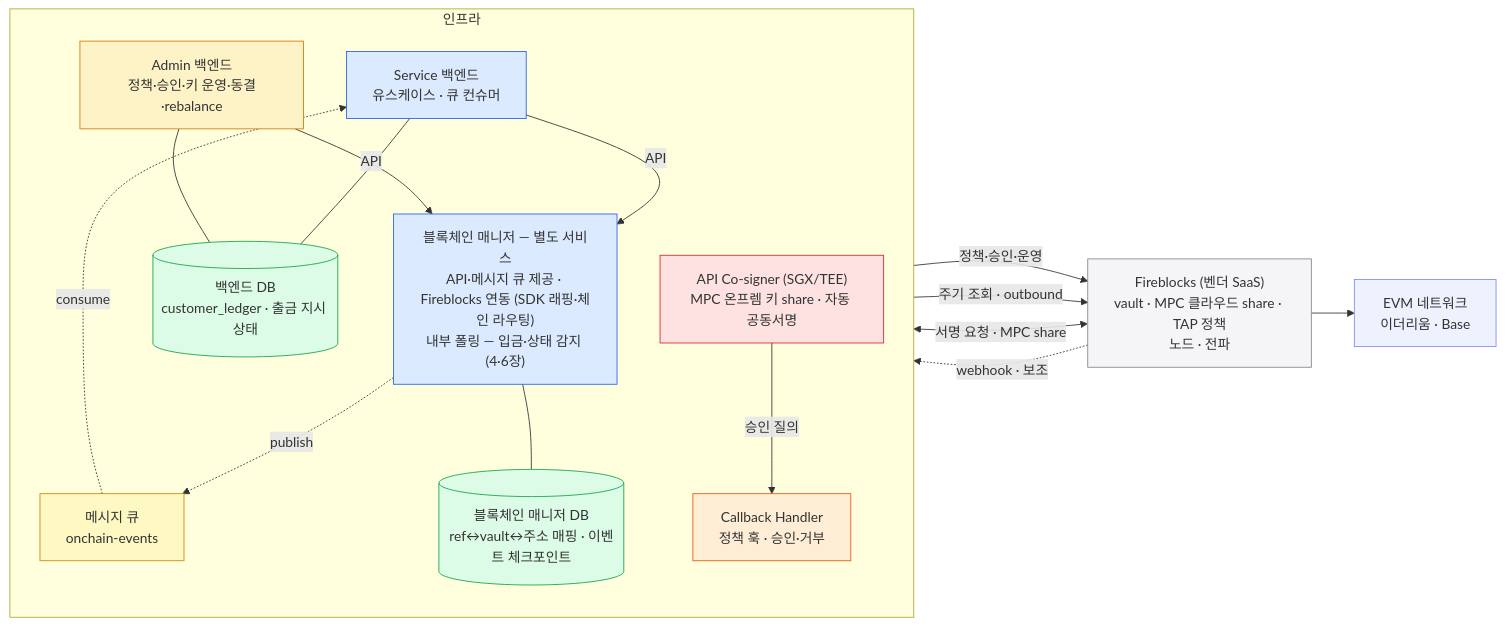
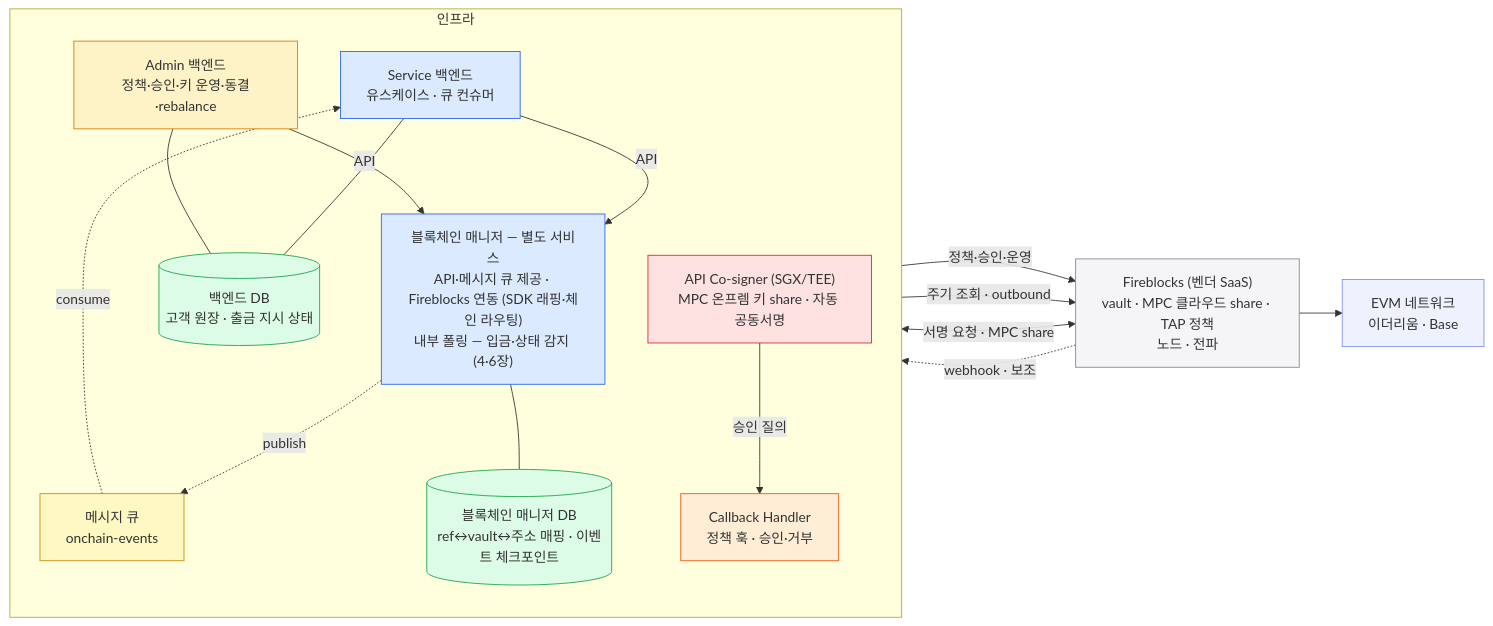
One commit to eunsujeo/eunpus changed the second of 2 diagrams in blockchain-manager/docs/블록체인매니저/설계/00-cast.md. Above: the diagram before and after it, drawn with Mermaid. The commit also changed other lines of this file and 2 other files, not shown here.

Commit message:
용어: customer_ledger → 고객 원장 (00·09·10), 0장 DB 사유에서 조회-빈도 불릿 제거

````diff
--- a/blockchain-manager/docs/블록체인매니저/설계/00-cast.md
+++ b/blockchain-manager/docs/블록체인매니저/설계/00-cast.md
@@ -50,40 +50,40 @@
 ```mermaid
 flowchart LR
     subgraph OUR["인프라"]
       direction TB
       SVCBE["Service 백엔드<br/>유스케이스 · 큐 컨슈머"]
       ADMBE["Admin 백엔드<br/>정책·승인·키 운영·동결·rebalance"]
       BM["블록체인 매니저 — 별도 서비스<br/>API·메시지 큐 제공 · Fireblocks 연동 (SDK 래핑·체인 라우팅)<br/>내부 폴링 — 입금·상태 감지 (4·6장)"]
       MQ["메시지 큐<br/>onchain-events"]
-      BDB[("백엔드 DB<br/>customer_ledger · 출금 지시 상태")]
+      BDB[("백엔드 DB<br/>고객 원장 · 출금 지시 상태")]
       MDB[("블록체인 매니저 DB<br/>ref↔vault↔주소 매핑 · 이벤트 체크포인트")]
       COS["API Co-signer (SGX/TEE)<br/>MPC 온프렘 키 share · 자동 공동서명"]
       CB["Callback Handler<br/>정책 훅 · 승인·거부"]
     end
     FBV["Fireblocks (벤더 SaaS)<br/>vault · MPC 클라우드 share · TAP 정책<br/>노드 · 전파"]
     EVM["EVM 네트워크<br/>이더리움 · Base"]
 
     SVCBE -->|API| BM
     ADMBE -->|API| BM
     BM -.->|publish| MQ
     MQ -.->|consume| SVCBE
     ADMBE -->|정책·승인·운영| FBV
     SVCBE --- BDB
     ADMBE --- BDB
     BM --- MDB
     FBV <-->|서명 요청 · MPC share| COS
     COS -->|승인 질의| CB
     BM -->|주기 조회 · outbound| FBV
     FBV -.->|webhook · 보조| BM
     FBV --> EVM
 
     classDef svc fill:#dbeafe,stroke:#2563eb;
     classDef adm fill:#fef3c7,stroke:#d97706;
     classDef sec fill:#fee2e2,stroke:#dc2626;
     classDef data fill:#dcfce7,stroke:#16a34a;
     classDef vendor fill:#f5f5f7,stroke:#86868b;
     classDef ext fill:#eef2ff,stroke:#818cf8;
     classDef policy fill:#ffedd5,stroke:#ea580c;
     classDef mq fill:#fef9c3,stroke:#ca8a04;
     class SVCBE,BM svc; class ADMBE adm; class COS sec; class CB policy; class BDB,MDB data; class FBV vendor; class EVM ext; class MQ mq;
 ```
````
